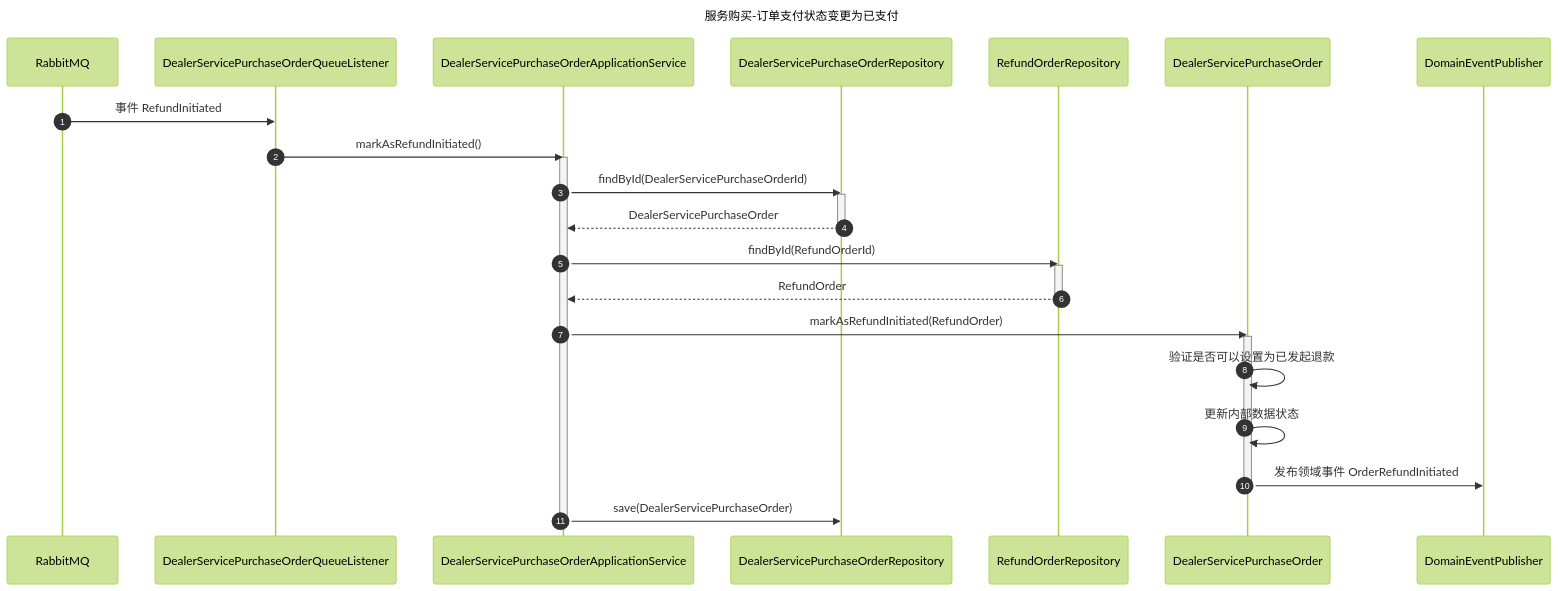
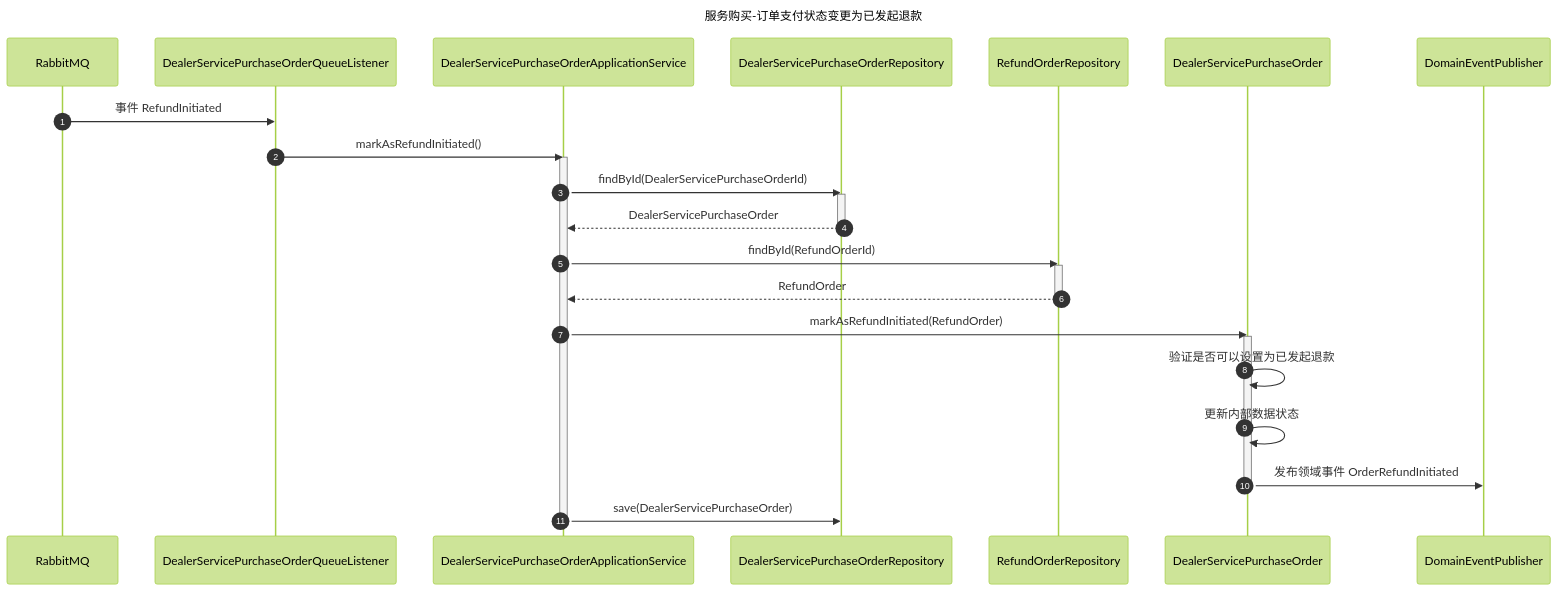
One commit to lowkeyfish/IDDD changed the diagram in iddd-springboot/iddd-springboot-dealer/src/main/resources/uml/服务购买订单状态变更为已发起退款时序图.mermaid. Above: the diagram before and after it, drawn with Mermaid (forest theme). The commit also changed 29 other files, not shown here.

```diff
--- a/iddd-springboot/iddd-springboot-dealer/src/main/resources/uml/服务购买订单状态变更为已发起退款时序图.mermaid
+++ b/iddd-springboot/iddd-springboot-dealer/src/main/resources/uml/服务购买订单状态变更为已发起退款时序图.mermaid
@@ -1,48 +1,48 @@
 sequenceDiagram
-    title 服务购买-订单支付状态变更为已支付
+    title 服务购买-订单支付状态变更为已发起退款
 
     autonumber
 
     participant RabbitMQ
 
     participant DealerServicePurchaseOrderQueueListener
     participant DealerServicePurchaseOrderApplicationService
     participant DealerServicePurchaseOrderRepository
     participant RefundOrderRepository
     participant DealerServicePurchaseOrder
 
     participant DomainEventPublisher
 
 
     RabbitMQ->>DealerServicePurchaseOrderQueueListener: 事件 RefundInitiated
     DealerServicePurchaseOrderQueueListener->>DealerServicePurchaseOrderApplicationService: markAsRefundInitiated()
 
     activate DealerServicePurchaseOrderApplicationService
 
     DealerServicePurchaseOrderApplicationService->>DealerServicePurchaseOrderRepository: findById(DealerServicePurchaseOrderId)
     activate DealerServicePurchaseOrderRepository
 
     DealerServicePurchaseOrderRepository-->>DealerServicePurchaseOrderApplicationService: DealerServicePurchaseOrder
 
     deactivate DealerServicePurchaseOrderRepository
 
 
     DealerServicePurchaseOrderApplicationService->>RefundOrderRepository: findById(RefundOrderId)
     activate RefundOrderRepository
 
     RefundOrderRepository-->>DealerServicePurchaseOrderApplicationService: RefundOrder
 
     deactivate RefundOrderRepository
 
     DealerServicePurchaseOrderApplicationService->>DealerServicePurchaseOrder: markAsRefundInitiated(RefundOrder)
     activate DealerServicePurchaseOrder
 
 
     DealerServicePurchaseOrder->>DealerServicePurchaseOrder: 验证是否可以设置为已发起退款
     DealerServicePurchaseOrder->>DealerServicePurchaseOrder: 更新内部数据状态
     DealerServicePurchaseOrder->>DomainEventPublisher: 发布领域事件 OrderRefundInitiated
 
     deactivate DealerServicePurchaseOrder
     DealerServicePurchaseOrderApplicationService->>DealerServicePurchaseOrderRepository: save(DealerServicePurchaseOrder)
 
     deactivate DealerServicePurchaseOrderApplicationService
```
